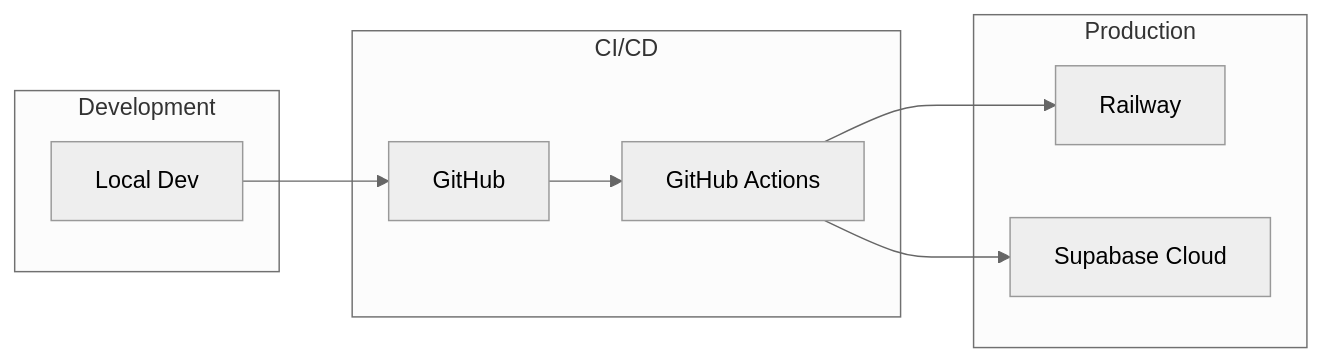
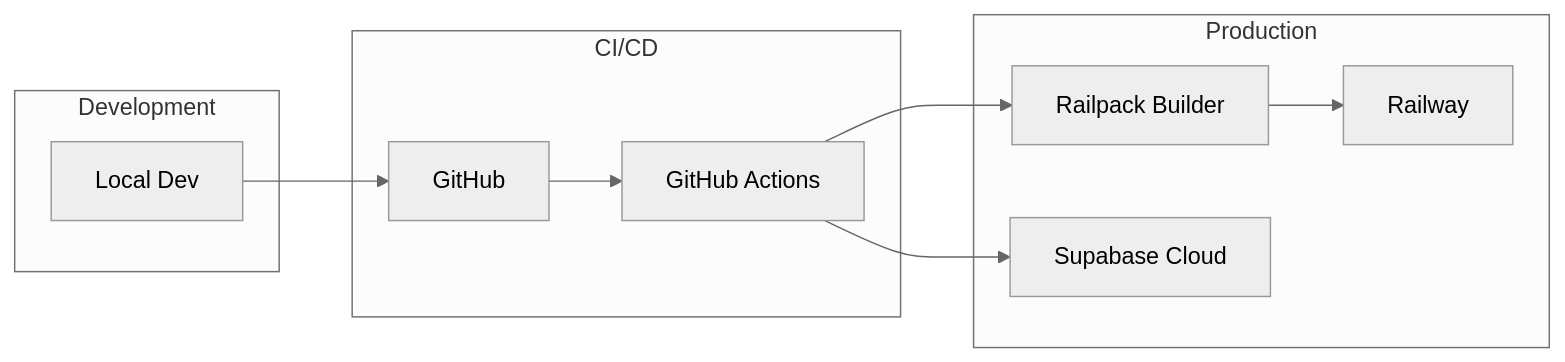
The diagram in docs/DEPLOYMENT.md (profullstack/parklookup.com), drawn with Mermaid (neutral theme) before and after one commit. The commit also changed other lines of this file and 57 other files, not shown here.

````diff
--- a/docs/DEPLOYMENT.md
+++ b/docs/DEPLOYMENT.md
@@ -7,21 +7,23 @@
 ```mermaid
 graph LR
     subgraph Development
         LOCAL[Local Dev]
     end
     
     subgraph CI/CD
         GH[GitHub]
         ACTIONS[GitHub Actions]
     end
     
     subgraph Production
+        RAILPACK[Railpack Builder]
         RAILWAY[Railway]
         SUPABASE[Supabase Cloud]
     end
     
     LOCAL --> GH
     GH --> ACTIONS
-    ACTIONS --> RAILWAY
+    ACTIONS --> RAILPACK
+    RAILPACK --> RAILWAY
     ACTIONS --> SUPABASE
 ```
````
